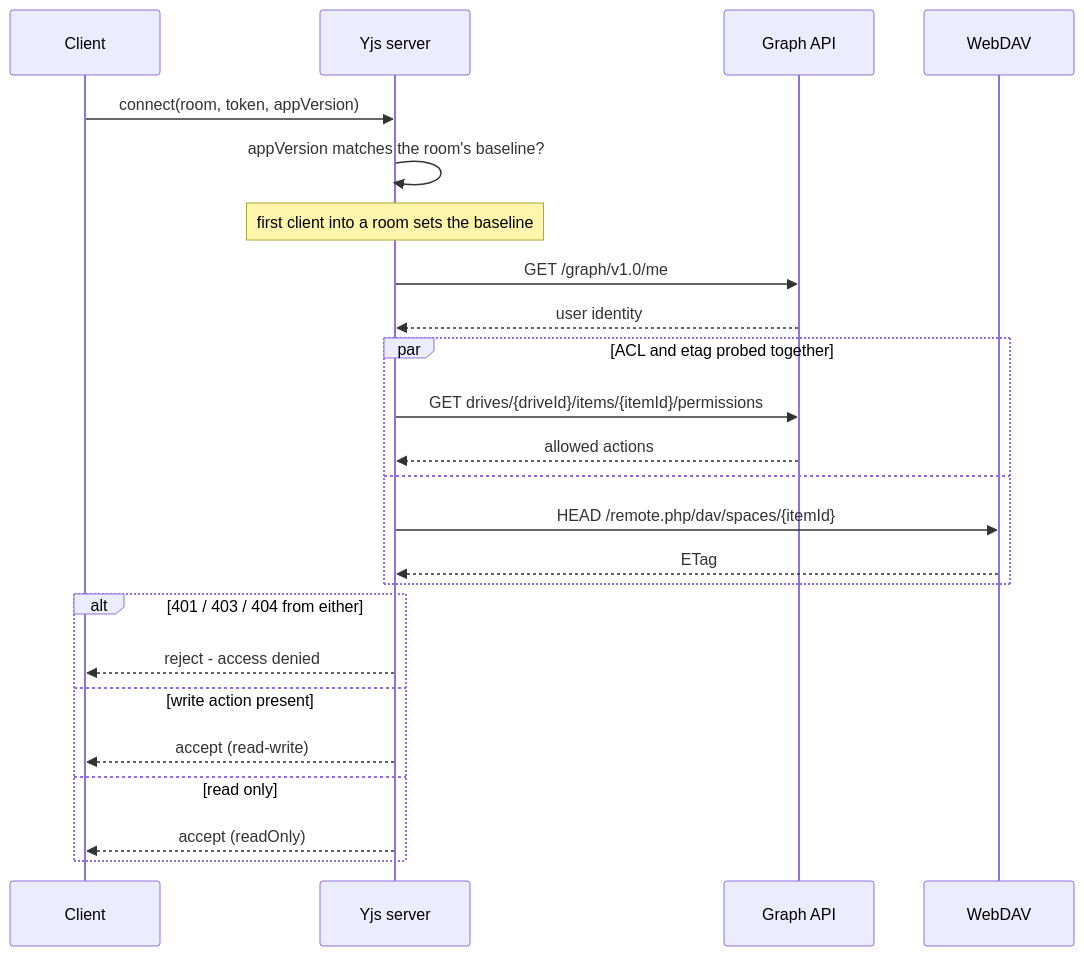
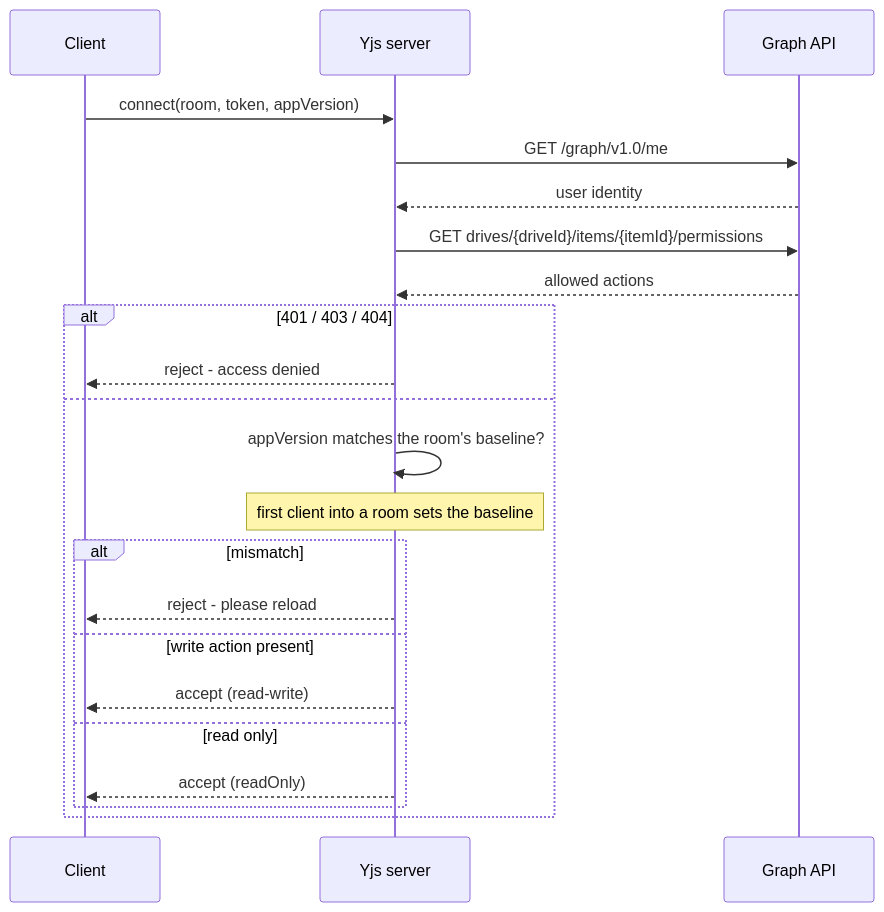
Before and after one commit to opencloud-eu/web: the second of 6 diagrams in dev/docs/collaboration.md, drawn with Mermaid. The commit also changed other lines of this file and 3 other files, not shown here.

````diff
--- a/dev/docs/collaboration.md
+++ b/dev/docs/collaboration.md
@@ -63,27 +62,25 @@
 ```mermaid
 sequenceDiagram
     participant C as Client
     participant HP as Yjs server
     participant G as Graph API
-    participant D as WebDAV
 
     C->>HP: connect(room, token, appVersion)
-    HP->>HP: appVersion matches the room's baseline?
-    Note over HP: first client into a room sets the baseline
     HP->>G: GET /graph/v1.0/me
     G-->>HP: user identity
-    par ACL and etag probed together
-        HP->>G: GET drives/{driveId}/items/{itemId}/permissions
-        G-->>HP: allowed actions
-    and
-        HP->>D: HEAD /remote.php/dav/spaces/{itemId}
-        D-->>HP: ETag
-    end
-    alt 401 / 403 / 404 from either
+    HP->>G: GET drives/{driveId}/items/{itemId}/permissions
+    G-->>HP: allowed actions
+    alt 401 / 403 / 404
         HP-->>C: reject - access denied
-    else write action present
-        HP-->>C: accept (read-write)
-    else read only
-        HP-->>C: accept (readOnly)
+    else
+        HP->>HP: appVersion matches the room's baseline?
+        Note over HP: first client into a room sets the baseline
+        alt mismatch
+            HP-->>C: reject - please reload
+        else write action present
+            HP-->>C: accept (read-write)
+        else read only
+            HP-->>C: accept (readOnly)
+        end
     end
 ```
````
